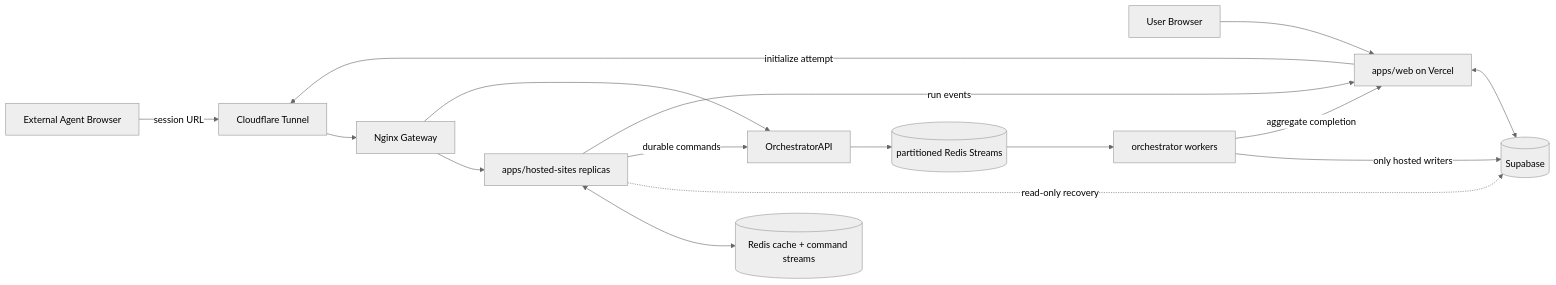
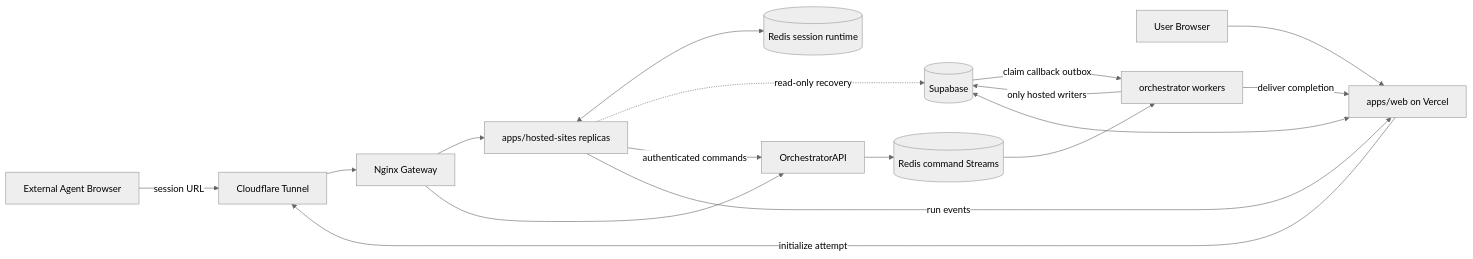
One commit to Kaiwen0418/agent-benchmark changed the diagram in docs/architecture.md. Above: the diagram before and after it, drawn with Mermaid (neutral theme). The commit also changed other lines of this file and 7 other files, not shown here.

Commit message:
docs: align architecture and runtime data flow (#67)

````diff
--- a/docs/architecture.md
+++ b/docs/architecture.md
@@ -7,18 +7,19 @@
 ```mermaid
 flowchart LR
   Agent["External Agent Browser"] -->|"session URL"| Edge["Cloudflare Tunnel"]
   User["User Browser"] --> Web["apps/web on Vercel"]
   Web -->|"initialize attempt"| Edge
   Edge --> Gateway["Nginx Gateway"]
   Gateway --> Sites["apps/hosted-sites replicas"]
   Gateway --> OrchestratorAPI
-  Sites <--> Redis[("Redis cache + command streams")]
+  Sites <--> SessionRedis[("Redis session runtime")]
   Web <--> DB[("Supabase")]
   Sites -.->|"read-only recovery"| DB
-  Sites -->|"durable commands"| OrchestratorAPI
-  OrchestratorAPI --> Streams[("partitioned Redis Streams")]
+  Sites -->|"authenticated commands"| OrchestratorAPI
+  OrchestratorAPI --> Streams[("Redis command Streams")]
   Streams --> Workers["orchestrator workers"]
   Workers -->|"only hosted writers"| DB
   Sites -->|"run events"| Web
-  Workers -->|"aggregate completion"| Web
+  DB -->|"claim callback outbox"| Workers
+  Workers -->|"deliver completion"| Web
 ```
````
